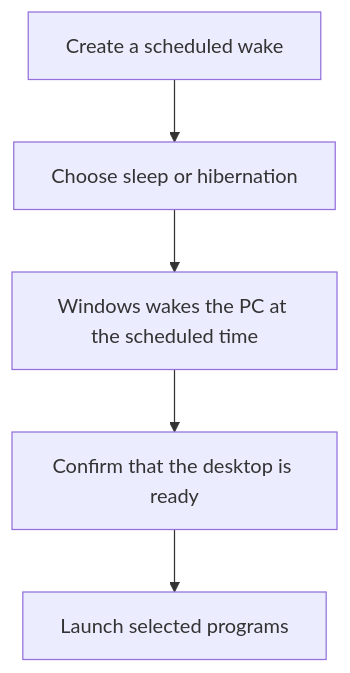
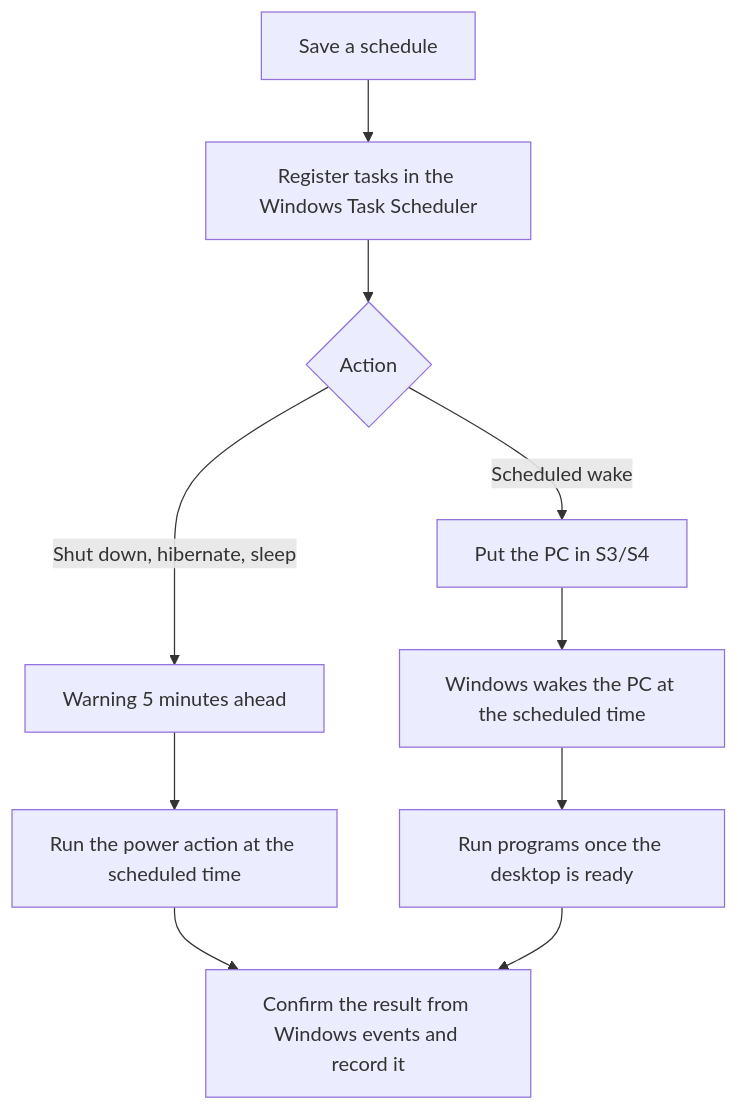
The diagram in README.en.md (esleeeeee/eslee-auto-power), drawn with Mermaid before and after one commit. The commit also changed other lines of this file and 22 other files, not shown here.

````diff
--- a/README.en.md
+++ b/README.en.md
@@ -129,7 +244,12 @@
 ```mermaid
 flowchart TD
-    A["Create a scheduled wake"] --> B["Choose sleep or hibernation"]
-    B --> C["Windows wakes the PC at the scheduled time"]
-    C --> D["Confirm that the desktop is ready"]
-    D --> E["Launch selected programs"]
+    A[Save a schedule] --> B[Register tasks in the Windows Task Scheduler]
+    B --> C{Action}
+    C -->|Shut down, hibernate, sleep| D[Warning 5 minutes ahead]
+    D --> E[Run the power action at the scheduled time]
+    C -->|Scheduled wake| F[Put the PC in S3/S4]
+    F --> G[Windows wakes the PC at the scheduled time]
+    G --> H[Run programs once the desktop is ready]
+    E --> I[Confirm the result from Windows events and record it]
+    H --> I
 ```
````
